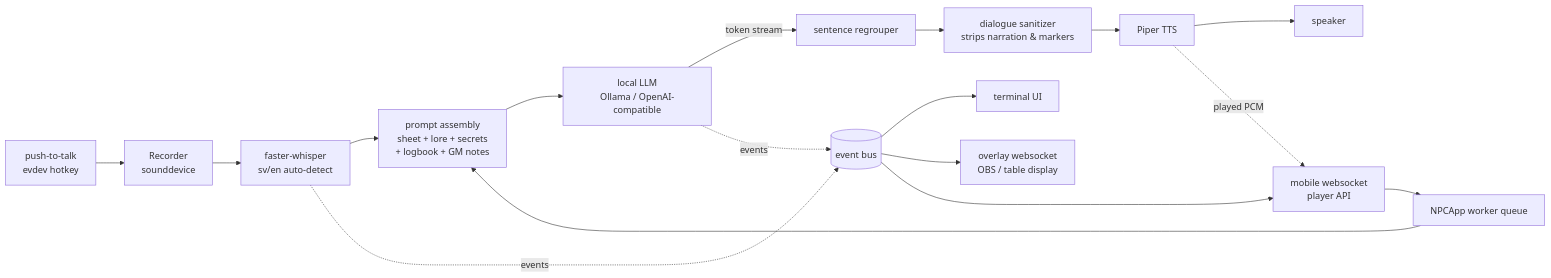
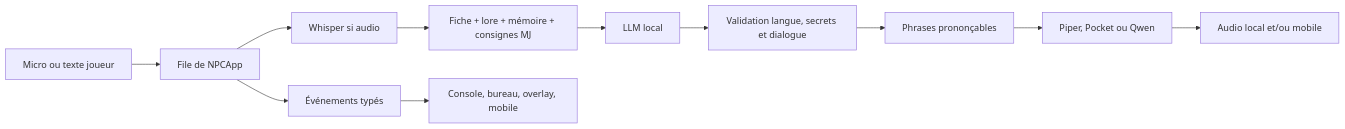
The diagram in ARCHITECTURE.md (ExecutiveBrice/pnj), drawn with Mermaid before and after one commit. The commit also changed other lines of this file and 177 other files, not shown here.

````diff
--- a/ARCHITECTURE.md
+++ b/ARCHITECTURE.md
@@ -9,19 +31,13 @@
 ```mermaid
 flowchart LR
-    PTT[push-to-talk\nevdev hotkey] --> REC[Recorder\nsounddevice]
-    REC --> STT[faster-whisper\nsv/en auto-detect]
-    STT --> PROMPT[prompt assembly\nsheet + lore + secrets\n+ logbook + GM notes]
-    PROMPT --> LLM[local LLM\nOllama / OpenAI-compatible]
-    LLM -->|token stream| SENT[sentence regrouper]
-    SENT --> CLEAN[dialogue sanitizer\nstrips narration & markers]
-    CLEAN --> TTS[Piper TTS]
-    TTS --> OUT[speaker]
-    LLM -. events .-> BUS
-    STT -. events .-> BUS
-    BUS[(event bus)] --> CLI[terminal UI]
-    BUS --> WS[overlay websocket\nOBS / table display]
-    BUS --> MOBILE[mobile websocket\nplayer API]
-    MOBILE --> WORKER[NPCApp worker queue]
-    WORKER --> PROMPT
-    TTS -. played PCM .-> MOBILE
+    IN[Micro ou texte joueur] --> QUEUE[File de NPCApp]
+    QUEUE --> STT[Whisper si audio]
+    STT --> PROMPT[Fiche + lore + mémoire + consignes MJ]
+    PROMPT --> LLM[LLM local]
+    LLM --> CLEAN[Validation langue, secrets et dialogue]
+    CLEAN --> SENT[Phrases prononçables]
+    SENT --> TTS[Piper, Pocket ou Qwen]
+    TTS --> OUT[Audio local et/ou mobile]
+    QUEUE --> EVENTS[Événements typés]
+    EVENTS --> UI[Console, bureau, overlay, mobile]
 ```
````
